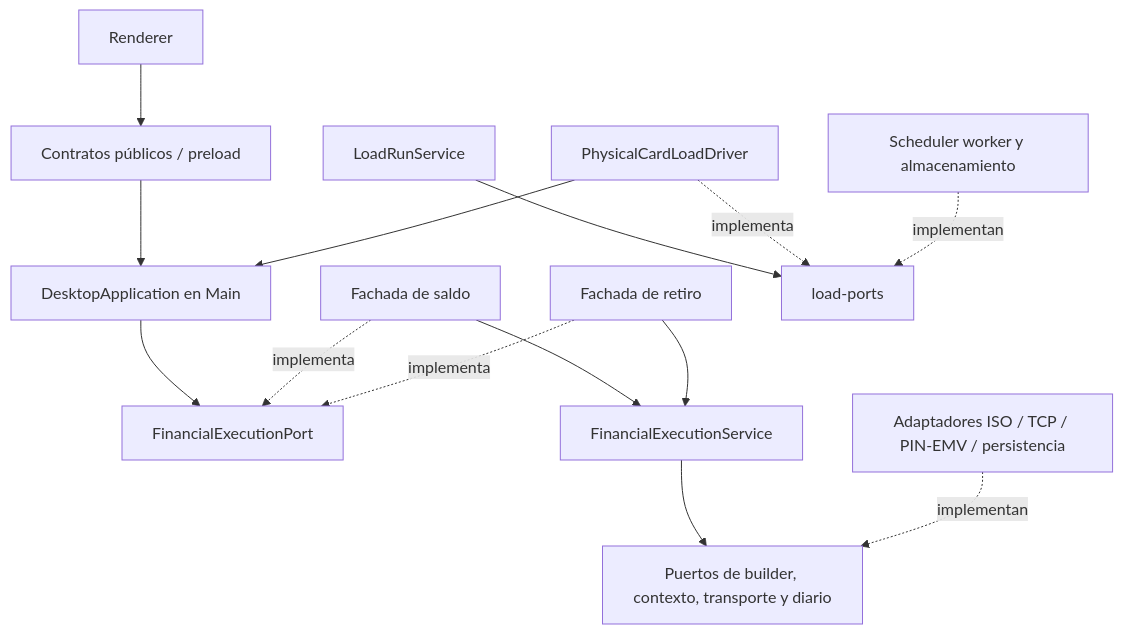
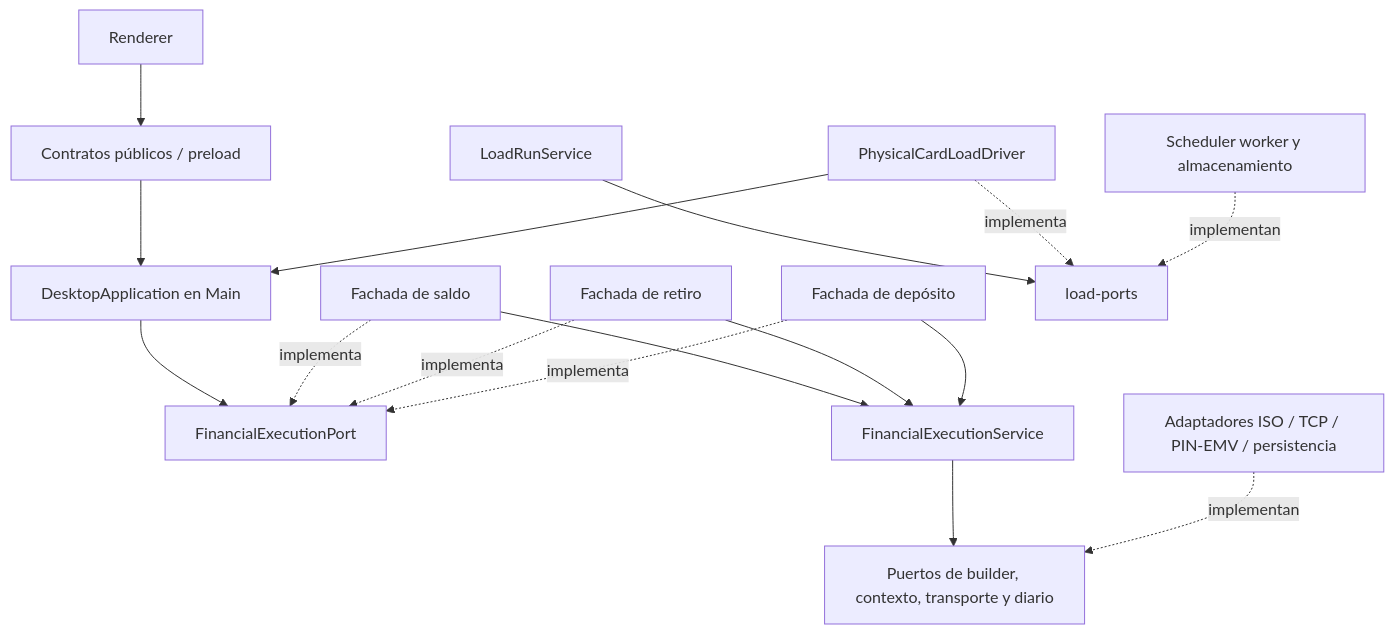
One commit to DerianDev17/SimuladorQa changed the diagram in ARCHITECTURE.md. Above: the diagram before and after it, drawn with Mermaid. The commit also changed other lines of this file and 41 other files, not shown here.

````diff
--- a/ARCHITECTURE.md
+++ b/ARCHITECTURE.md
@@ -24,16 +24,18 @@
 ```mermaid
 flowchart TD
   UI[Renderer] --> Public[Contratos públicos / preload]
   Public --> App[DesktopApplication en Main]
   App --> Port[FinancialExecutionPort]
   Balance[Fachada de saldo] -. implementa .-> Port
   Withdrawal[Fachada de retiro] -. implementa .-> Port
+  Deposit[Fachada de depósito] -. implementa .-> Port
   Balance --> Engine[FinancialExecutionService]
   Withdrawal --> Engine
+  Deposit --> Engine
   Engine --> Financial[Puertos de builder, contexto, transporte y diario]
   Adapters[Adaptadores ISO / TCP / PIN-EMV / persistencia] -. implementan .-> Financial
   Load[LoadRunService] --> LoadPorts[load-ports]
   Driver[PhysicalCardLoadDriver] -. implementa .-> LoadPorts
   Driver --> App
   Worker[Scheduler worker y almacenamiento] -. implementan .-> LoadPorts
 ```
````
